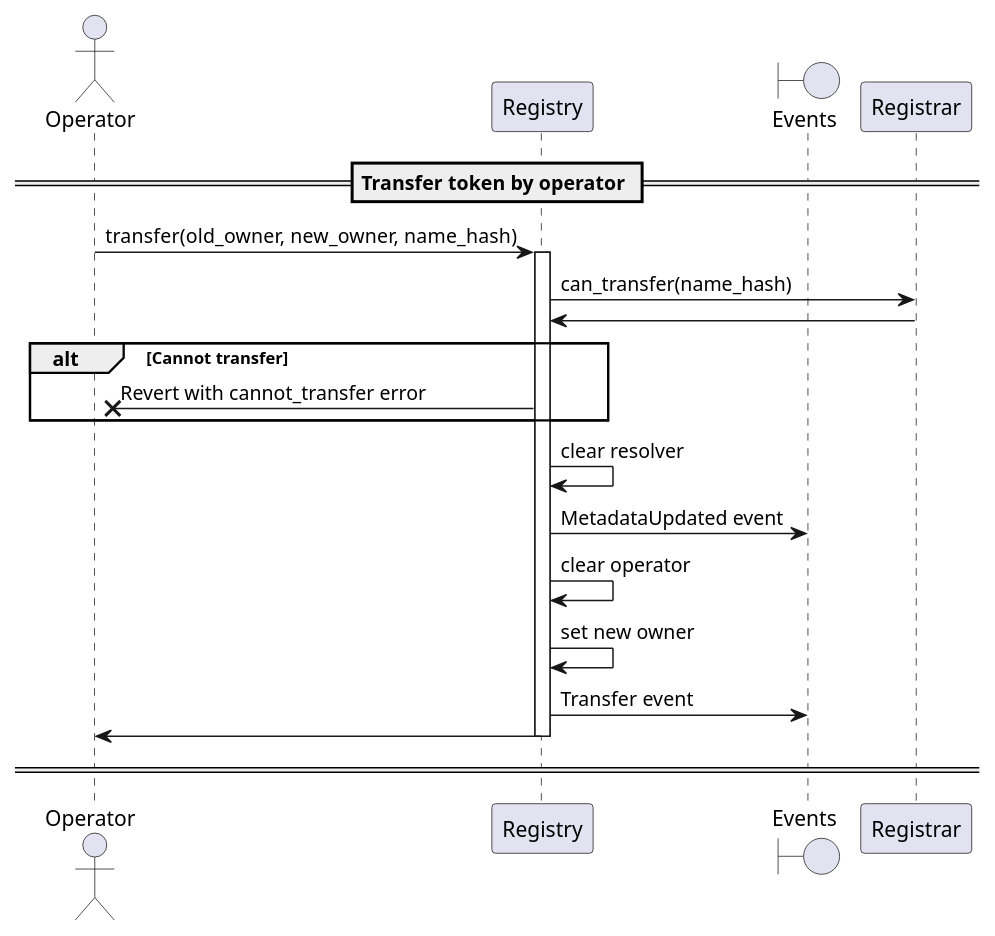
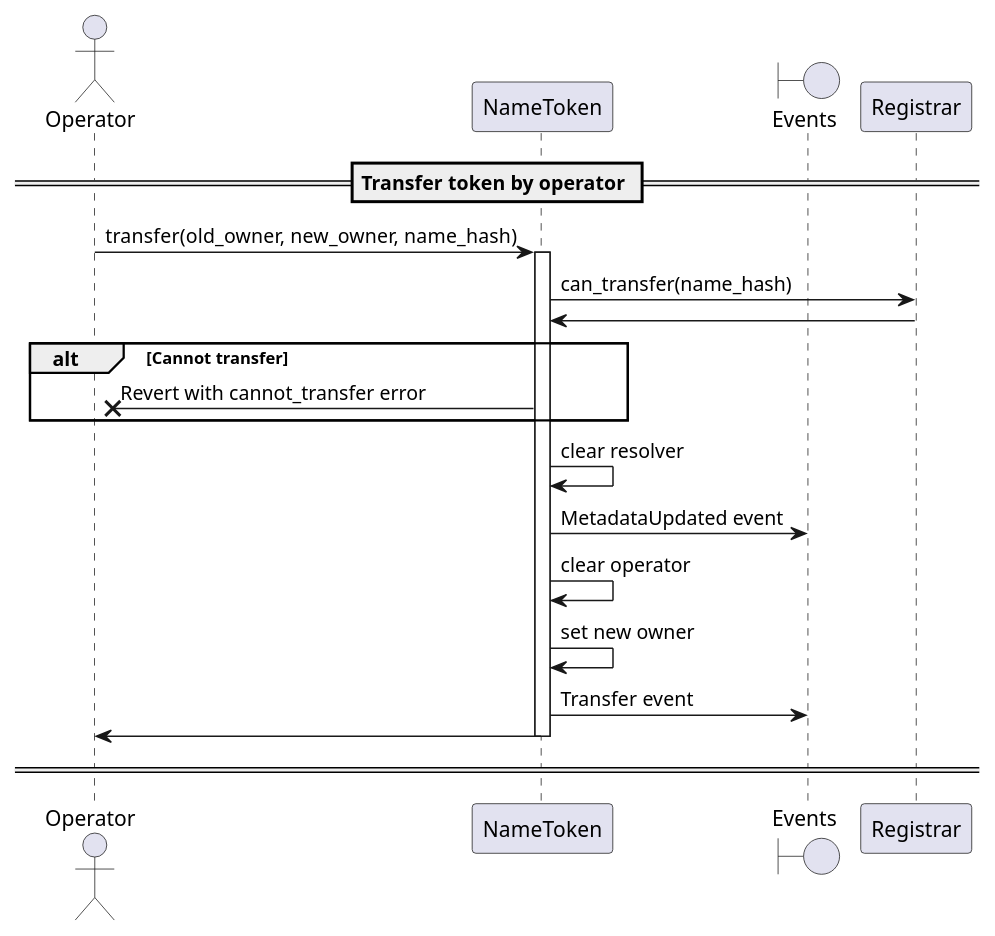
The diagram in docs/sequence-diagrams/puml/transfer-from-domain.puml (make-software/cspr-name-contracts), drawn with PlantUML before and after one commit. The commit also changed 9 other files, not shown here.

Commit message:
Renamed Registry contract with NameToken in the sequence diagrams. (part 3)

```diff
--- a/docs/sequence-diagrams/puml/transfer-from-domain.puml
+++ b/docs/sequence-diagrams/puml/transfer-from-domain.puml
@@ -1,28 +1,28 @@
 @startuml
 'https://plantuml.com/sequence-diagram
 
 'autonumber
 actor Operator
-participant "Registry"
+participant "NameToken"
 boundary "Events"
 
 == Transfer token by operator ==
 
-Operator -> Registry: transfer(old_owner, new_owner, name_hash)
-activate Registry
-Registry -> Registrar: can_transfer(name_hash)
-Registrar -> Registry
+Operator -> NameToken: transfer(old_owner, new_owner, name_hash)
+activate NameToken
+NameToken -> Registrar: can_transfer(name_hash)
+Registrar -> NameToken
 alt Cannot transfer
-    Registry ->X Operator: Revert with cannot_transfer error
+    NameToken ->X Operator: Revert with cannot_transfer error
 end
-Registry -> Registry: clear resolver
-Registry -> "Events": MetadataUpdated event
-Registry -> Registry: clear operator
-Registry -> Registry : set new owner
-Registry -> "Events": Transfer event
-Registry -> Operator
-deactivate Registry
+NameToken -> NameToken: clear resolver
+NameToken -> "Events": MetadataUpdated event
+NameToken -> NameToken: clear operator
+NameToken -> NameToken : set new owner
+NameToken -> "Events": Transfer event
+NameToken -> Operator
+deactivate NameToken
 
 == ==
 
 @enduml
```
